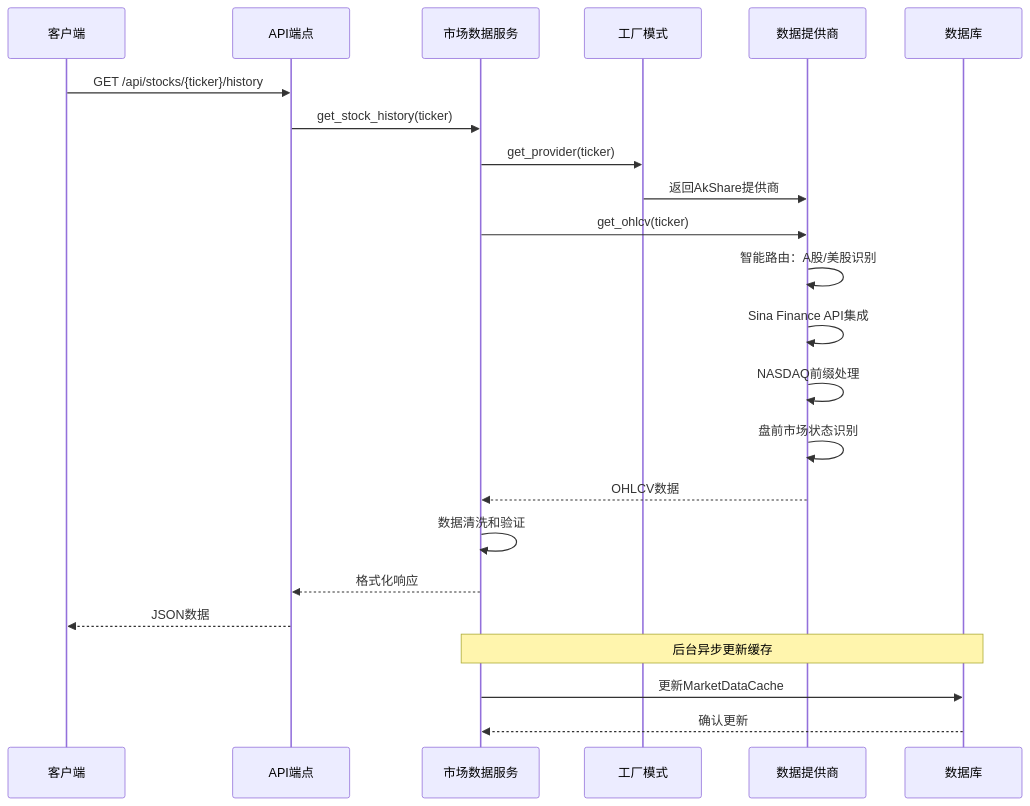
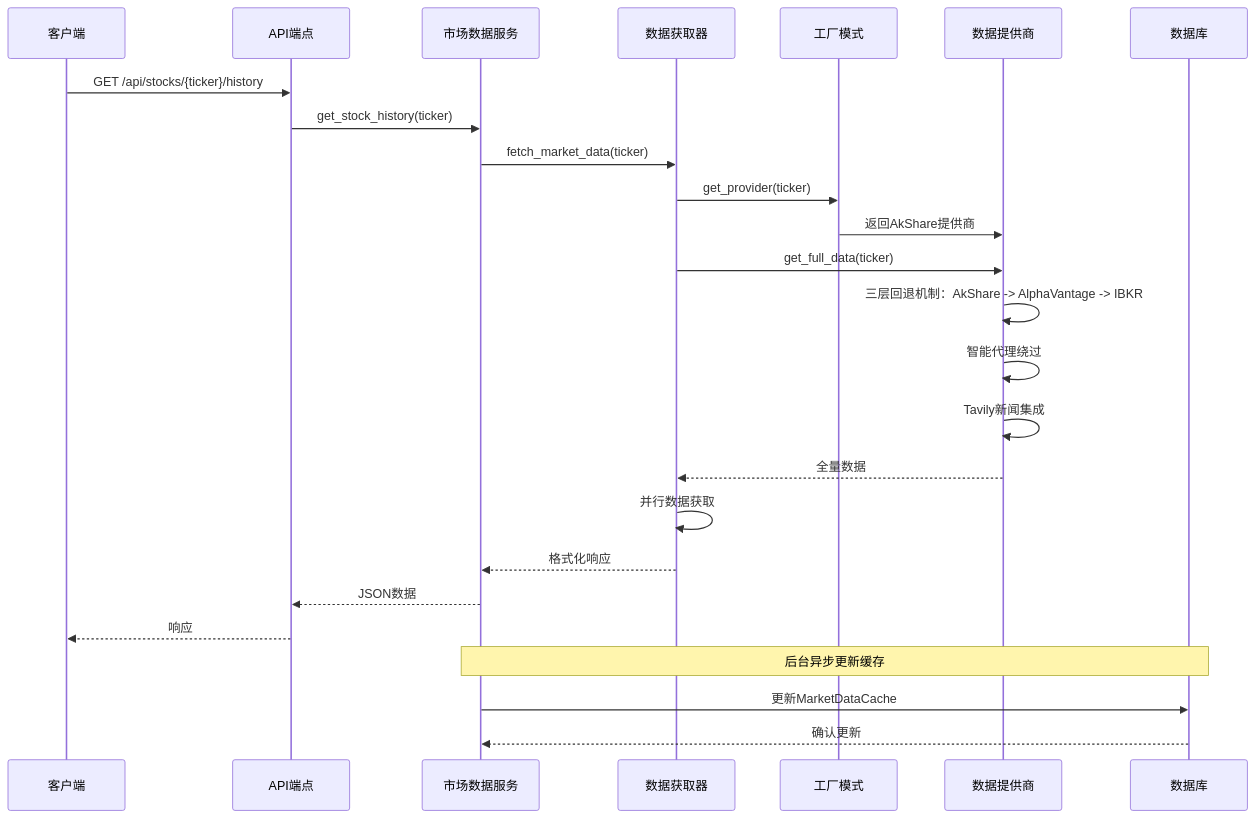
The fourth of 19 diagrams in .qoder/repowiki/zh/content/后端开发指南/业务服务实现/市场数据提供商架构.md (breeze-lyf/ai-stock-advisor), drawn with Mermaid before and after one commit. The commit also changed other lines of this file and 52 other files, not shown here.

Commit message:
Remove Alpha Vantage provider, enhance Akshare with retry and forced proxy for reliable market data, and introduce user notification settings with corresponding database migrations and frontend updates.

````diff
--- a/.qoder/repowiki/zh/content/后端开发指南/业务服务实现/市场数据提供商架构.md
+++ b/.qoder/repowiki/zh/content/后端开发指南/业务服务实现/市场数据提供商架构.md
@@ -284,25 +291,27 @@
 ```mermaid
 sequenceDiagram
 participant Client as 客户端
 participant API as API端点
 participant Service as 市场数据服务
+participant Fetcher as 数据获取器
 participant Factory as 工厂模式
 participant Provider as 数据提供商
 participant DB as 数据库
 Client->>API : GET /api/stocks/{ticker}/history
 API->>Service : get_stock_history(ticker)
-Service->>Factory : get_provider(ticker)
+Service->>Fetcher : fetch_market_data(ticker)
+Fetcher->>Factory : get_provider(ticker)
 Factory->>Provider : 返回AkShare提供商
-Service->>Provider : get_ohlcv(ticker)
-Provider->>Provider : 智能路由：A股/美股识别
-Provider->>Provider : Sina Finance API集成
-Provider->>Provider : NASDAQ前缀处理
-Provider->>Provider : 盘前市场状态识别
-Provider-->>Service : OHLCV数据
-Service->>Service : 数据清洗和验证
-Service-->>API : 格式化响应
-API-->>Client : JSON数据
+Fetcher->>Provider : get_full_data(ticker)
+Provider->>Provider : 三层回退机制：AkShare -> AlphaVantage -> IBKR
+Provider->>Provider : 智能代理绕过
+Provider->>Provider : Tavily新闻集成
+Provider-->>Fetcher : 全量数据
+Fetcher->>Fetcher : 并行数据获取
+Fetcher-->>Service : 格式化响应
+Service-->>API : JSON数据
+API-->>Client : 响应
 Note over Service,DB : 后台异步更新缓存
 Service->>DB : 更新MarketDataCache
 DB-->>Service : 确认更新
 ```
````
